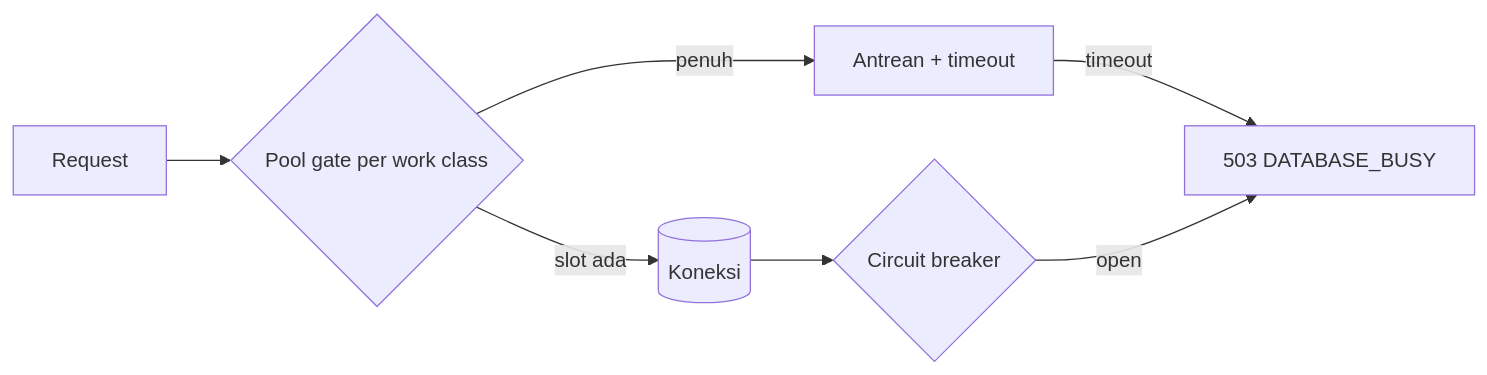
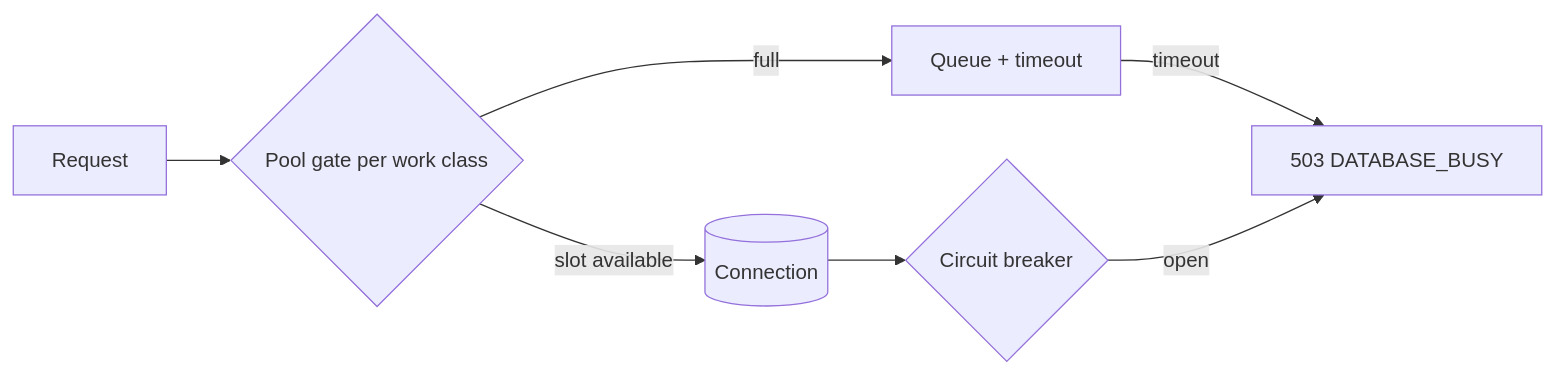
The fourth of 5 diagrams in docs/awcms/16_backend_data_access_integration.md (ahliweb/awcms), drawn with Mermaid before and after one commit. The commit also changed other lines of this file and 603 other files, not shown here.

````diff
--- a/docs/awcms/16_backend_data_access_integration.md
+++ b/docs/awcms/16_backend_data_access_integration.md
@@ -226,9 +224,9 @@
 ```mermaid
 flowchart LR
   Req[Request] --> Gate{Pool gate per work class}
-  Gate -->|slot ada| Conn[(Koneksi)]
-  Gate -->|penuh| Queue[Antrean + timeout]
+  Gate -->|slot available| Conn[(Connection)]
+  Gate -->|full| Queue[Queue + timeout]
   Queue -->|timeout| Busy[503 DATABASE_BUSY]
   Conn --> CB{Circuit breaker}
   CB -->|open| Busy
 ```
````
